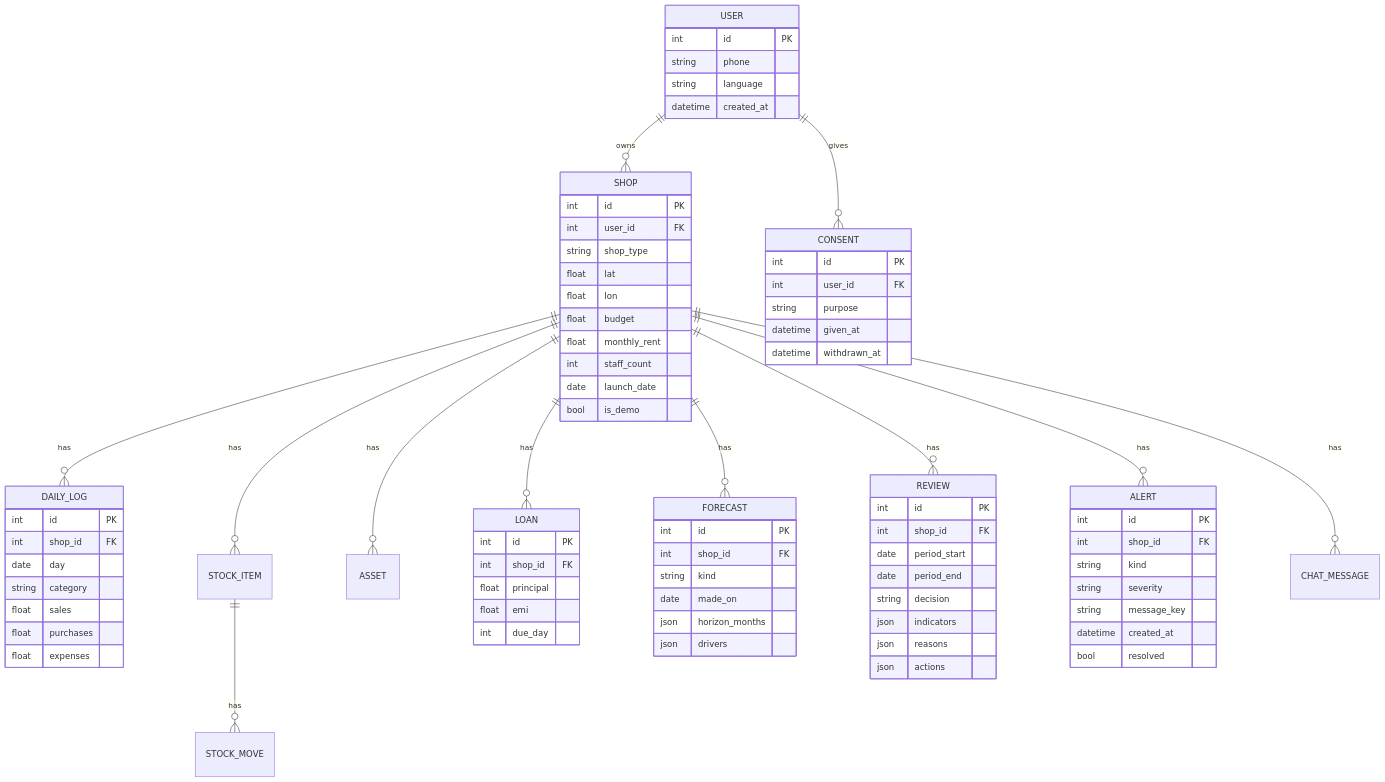
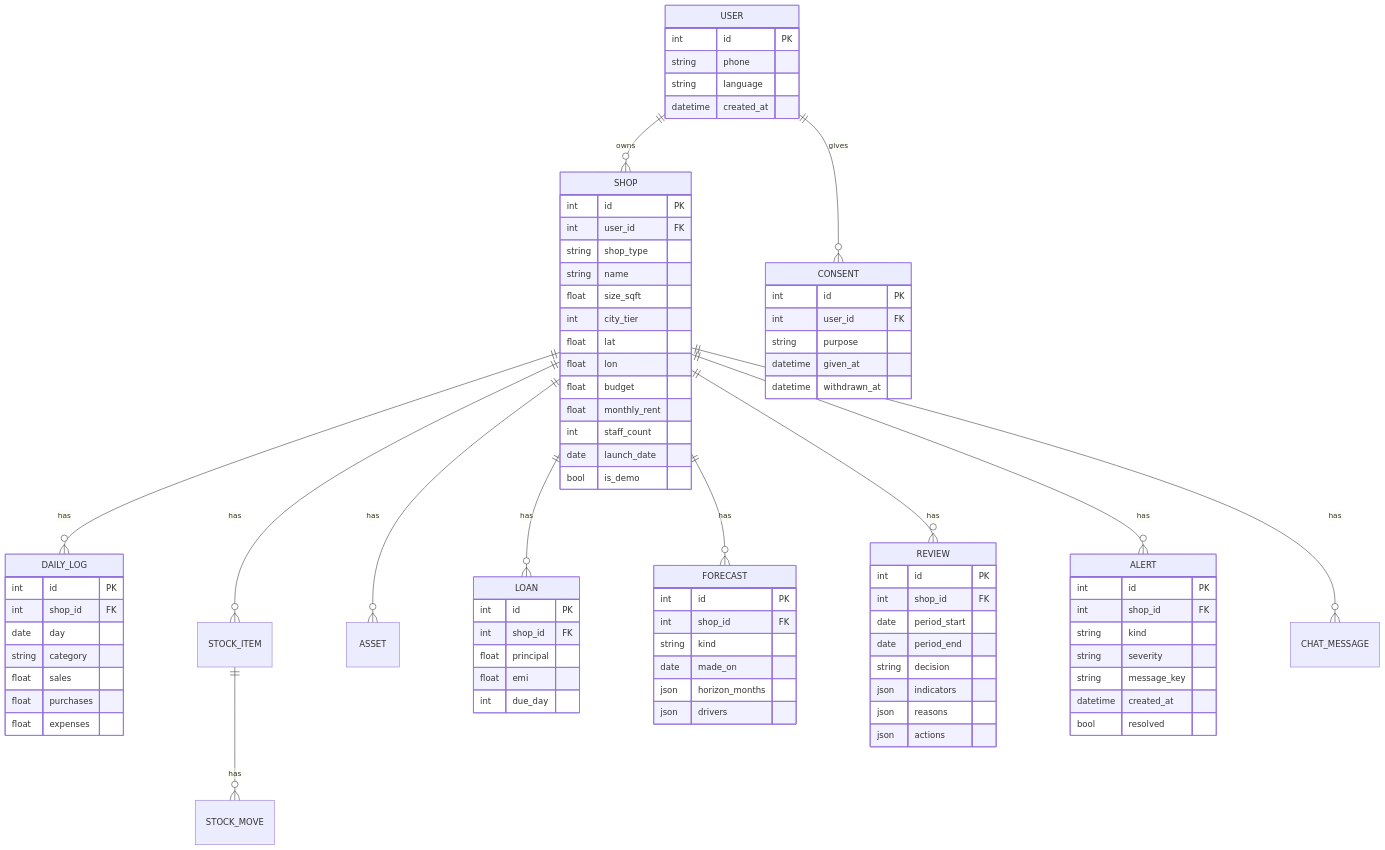
The seventh of 7 diagrams in docs/ARCHITECTURE.md (bappadityadas272-beep/Business-Sarthi), drawn with Mermaid before and after one commit. The commit also changed other lines of this file and 17 other files, not shown here.

First line of the commit message:
CP-B-03, CP-B-04: profile, consent (shop_data required) and shops with size and city tier

```diff
--- a/docs/ARCHITECTURE.md
+++ b/docs/ARCHITECTURE.md
@@ -158,6 +158,9 @@
       int id PK
       int user_id FK
       string shop_type
+      string name
+      float size_sqft
+      int city_tier
       float lat
       float lon
       float budget
```
